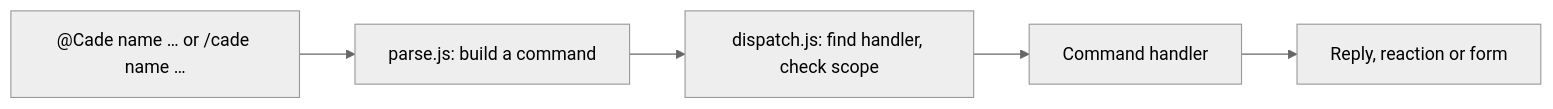
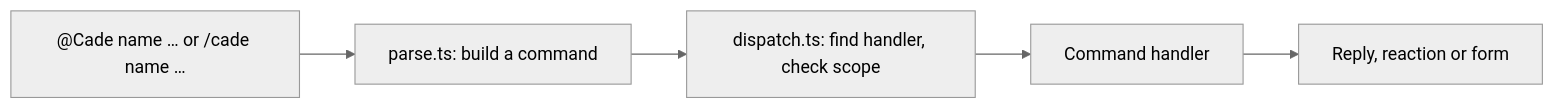
One commit to XTECLK/Cade changed the diagram in DEVELOPMENT.md. Above: the diagram before and after it, drawn with Mermaid (neutral theme). The commit also changed other lines of this file and 124 other files, not shown here.

````diff
--- a/DEVELOPMENT.md
+++ b/DEVELOPMENT.md
@@ -108,10 +127,10 @@
 ```mermaid
 flowchart LR
     Message["@Cade name … or /cade name …"]
-    Parse[parse.js: build a command]
-    Dispatch[dispatch.js: find handler, check scope]
+    Parse[parse.ts: build a command]
+    Dispatch[dispatch.ts: find handler, check scope]
     Handler[Command handler]
     Reply[Reply, reaction or form]
 
     Message --> Parse --> Dispatch --> Handler --> Reply
 ```
````
